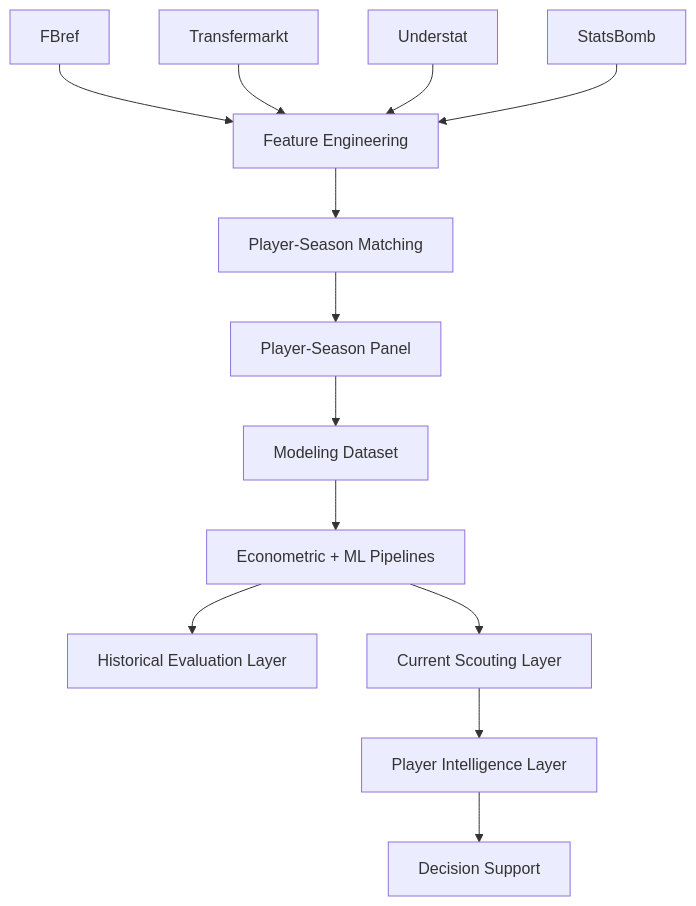
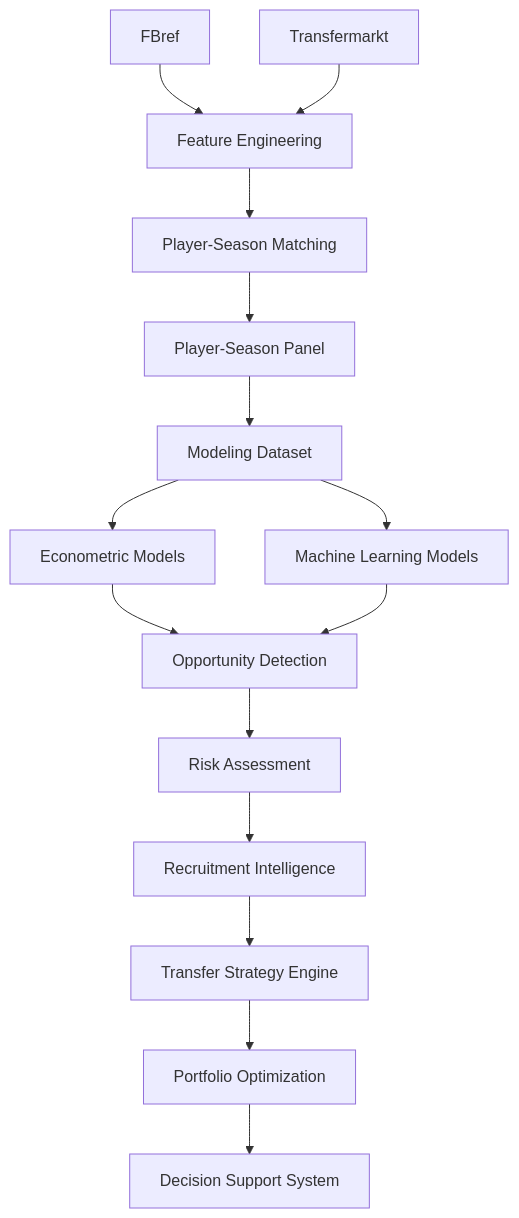
One commit to manuelpeba/market-value-football-tfm changed the diagram in docs/data_sources.md. Above: the diagram before and after it, drawn with Mermaid. The commit also changed other lines of this file and 9 other files, not shown here.

````diff
--- a/docs/data_sources.md
+++ b/docs/data_sources.md
@@ -50,31 +57,33 @@
 ```mermaid
 flowchart TD
 
 A[FBref]
 --> E[Feature Engineering]
 
 B[Transfermarkt]
 --> E
 
-C[Understat]
---> E
-
-D[StatsBomb]
---> E
-
 E --> F[Player-Season Matching]
 
 F --> G[Player-Season Panel]
 
 G --> H[Modeling Dataset]
 
-H --> I[Econometric + ML Pipelines]
+H --> I[Econometric Models]
 
-I --> J[Historical Evaluation Layer]
+H --> J[Machine Learning Models]
 
-I --> K[Current Scouting Layer]
+I --> K[Opportunity Detection]
 
-K --> L[Player Intelligence Layer]
+J --> K
 
-L --> M[Decision Support]
+K --> L[Risk Assessment]
+
+L --> M[Recruitment Intelligence]
+
+M --> N[Transfer Strategy Engine]
+
+N --> O[Portfolio Optimization]
+
+O --> P[Decision Support System]
 ```
````
